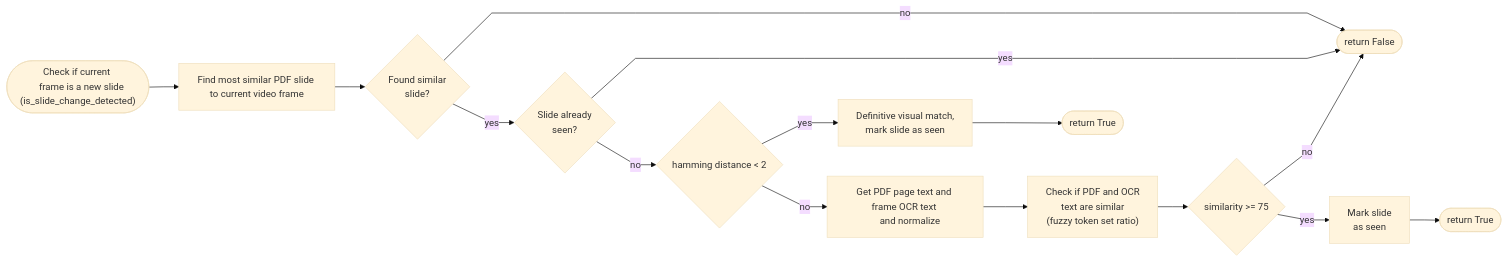
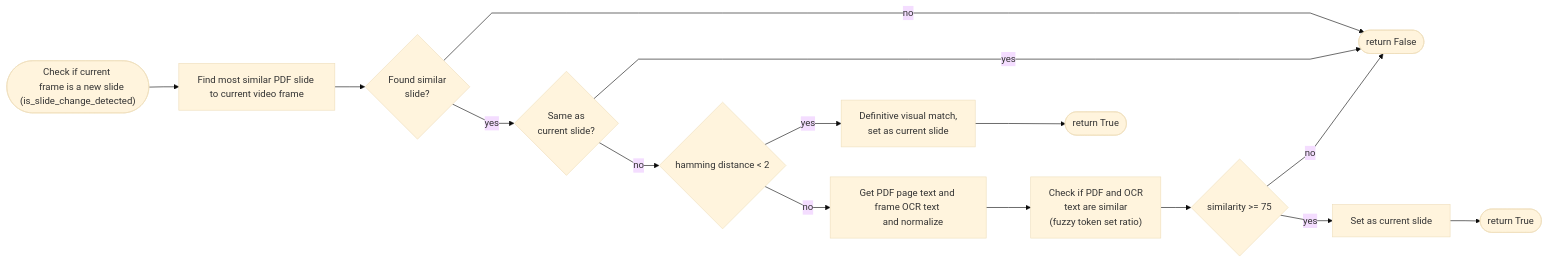
One commit to Fingii/lecture-slide-sync changed the third of 3 diagrams in README.md. Above: the diagram before and after it, drawn with Mermaid (base theme). The commit also changed other lines of this file and 6 other files, not shown here.

````diff
--- a/README.md
+++ b/README.md
@@ -642,26 +640,25 @@
 ```mermaid
 %% is_slide_change_detected — flowchart (start/terminator, process, decision)
 %% straight lines
 %%{init: {'flowchart': {'curve': 'linear'}}}%%
 flowchart LR
     S(["Check if current 
     frame is a new slide (is_slide_change_detected)"]) --> P1[Find most similar PDF slide to current video frame]
     P1 --> D1{Found similar 
     slide?}
     D1 -->|no| F0([return False])
-    D1 -->|yes| D2{Slide already 
-    seen?}
+    D1 -->|yes| D2{Same as 
+    current slide?}
     D2 -->|yes| F0
     D2 -->|no| D3{hamming distance < 2}
     D3 -->|yes| M1[Definitive visual match,
-    mark slide as seen] --> T1([return True])
+    set as current slide] --> T1([return True])
     D3 -->|no| G1[Get PDF page text and frame OCR text 
     and normalize]
     G1 --> R1["Check if PDF and OCR 
     text are similar 
     (fuzzy token set ratio)"]
     R1 --> D4{similarity >= 75}
     D4 -->|no| F0
-    D4 -->|yes| M2[Mark slide 
-    as seen] --> T2([return True])
+    D4 -->|yes| M2[Set as current slide] --> T2([return True])
 ```
````
